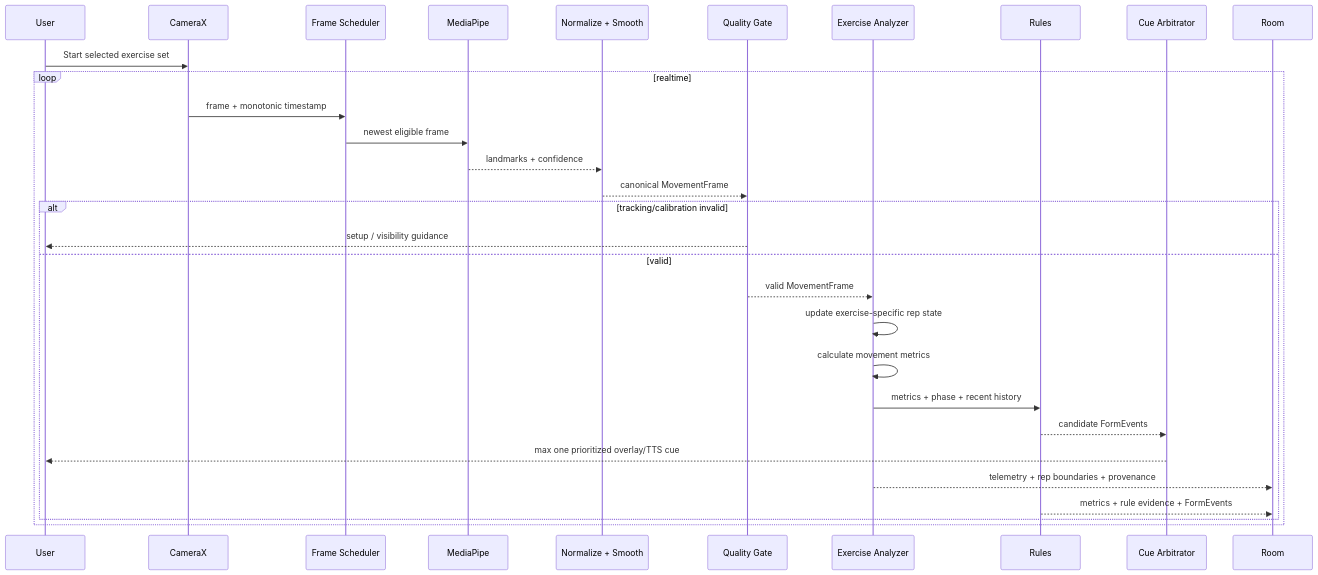
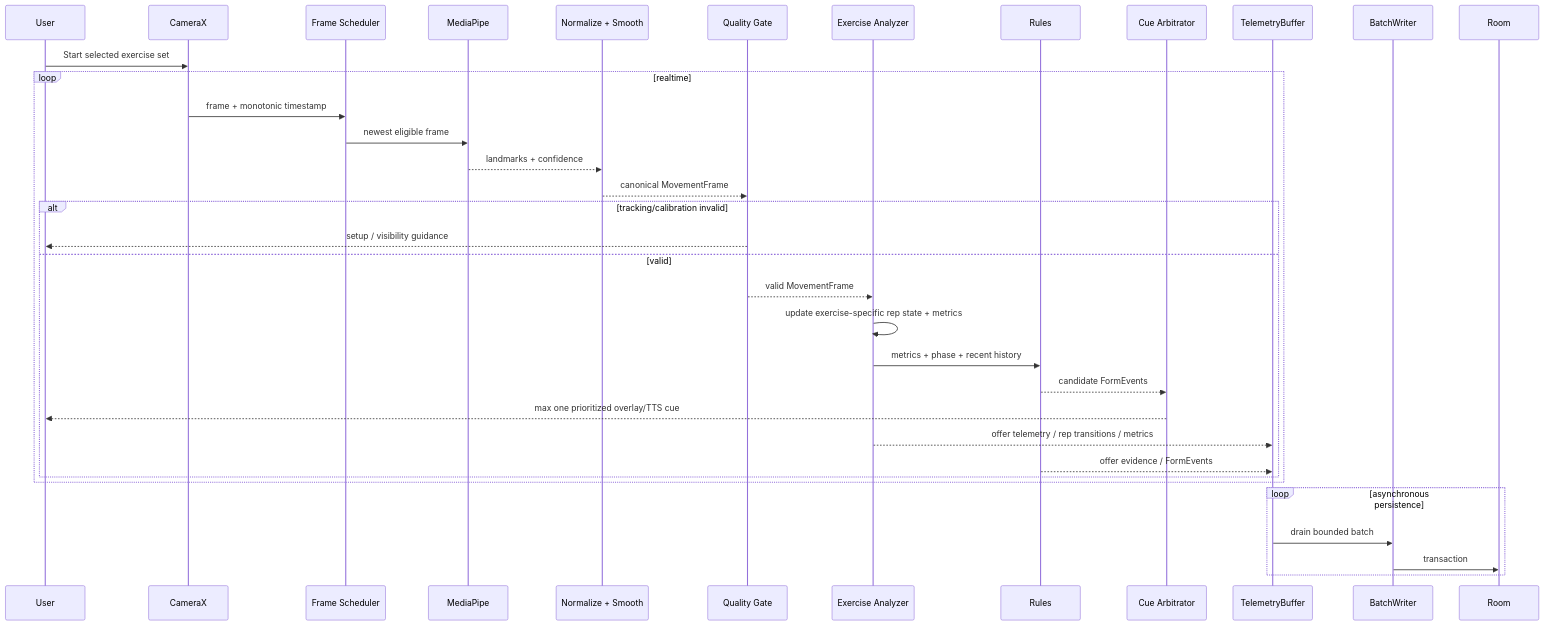
One commit to lazerta/gym-buddy changed the fourth of 7 diagrams in docs/uml/OVERVIEW.md. Above: the diagram before and after it, drawn with Mermaid. The commit also changed other lines of this file, not shown here.

Commit message:
UML v0.4: sync overview with reviewed architecture

````diff
--- a/docs/uml/OVERVIEW.md
+++ b/docs/uml/OVERVIEW.md
@@ -192,33 +229,39 @@
 ```mermaid
 sequenceDiagram
     participant U as User
     participant C as CameraX
     participant F as Frame Scheduler
     participant P as MediaPipe
     participant N as Normalize + Smooth
     participant G as Quality Gate
     participant A as Exercise Analyzer
     participant R as Rules
     participant Q as Cue Arbitrator
+    participant B as TelemetryBuffer
+    participant W as BatchWriter
     participant DB as Room
 
     U->>C: Start selected exercise set
     loop realtime
       C->>F: frame + monotonic timestamp
       F->>P: newest eligible frame
       P-->>N: landmarks + confidence
       N-->>G: canonical MovementFrame
       alt tracking/calibration invalid
         G-->>U: setup / visibility guidance
       else valid
         G-->>A: valid MovementFrame
-        A->>A: update exercise-specific rep state
-        A->>A: calculate movement metrics
+        A->>A: update exercise-specific rep state + metrics
         A->>R: metrics + phase + recent history
         R-->>Q: candidate FormEvents
         Q-->>U: max one prioritized overlay/TTS cue
-        A-->>DB: telemetry + rep boundaries + provenance
-        R-->>DB: metrics + rule evidence + FormEvents
+        A-->>B: offer telemetry / rep transitions / metrics
+        R-->>B: offer evidence / FormEvents
       end
     end
+
+    loop asynchronous persistence
+      B->>W: drain bounded batch
+      W->>DB: transaction
+    end
 ```
````
